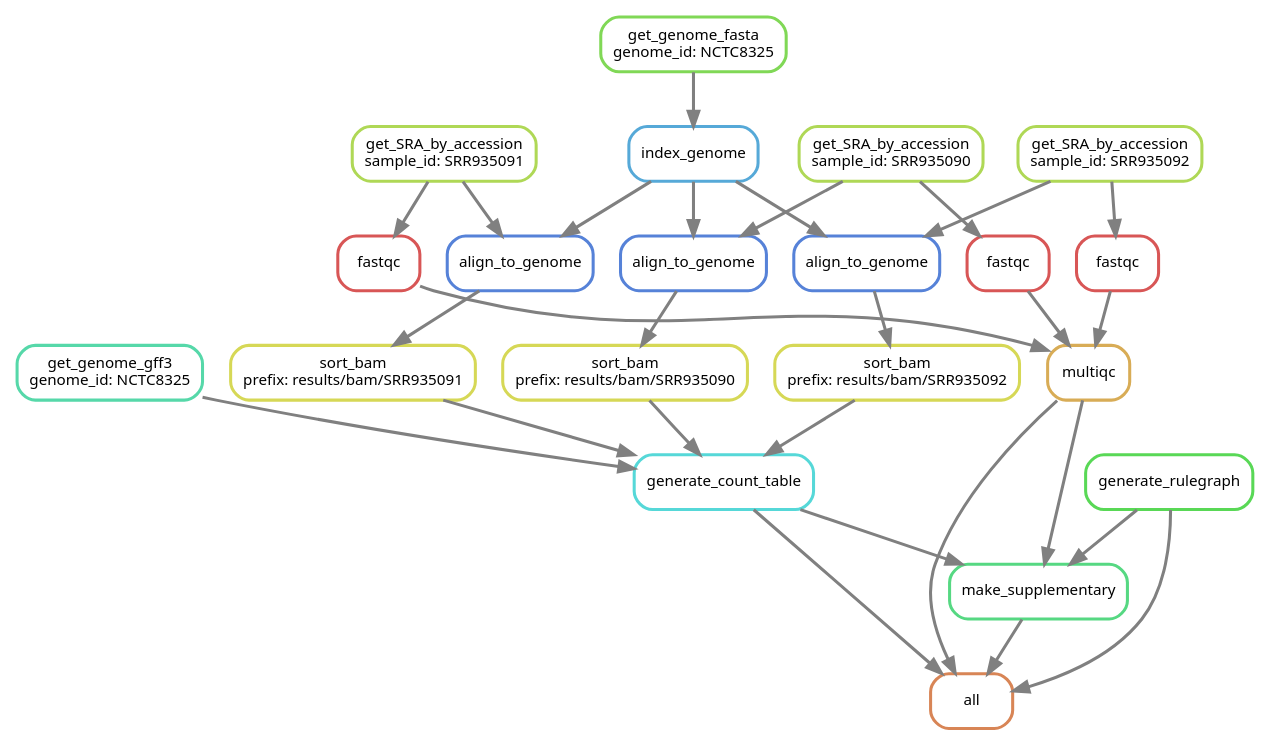
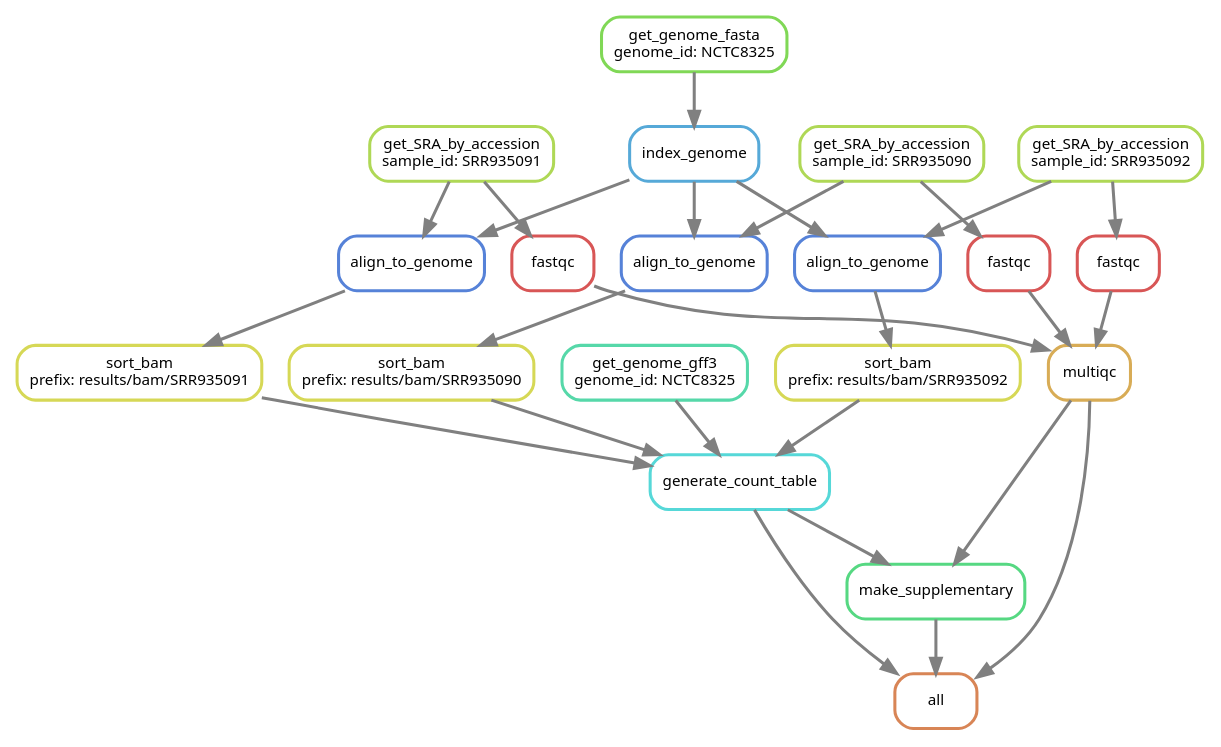
One commit to NBISweden/workshop-reproducible-research changed the fourth of 11 diagrams in lectures/snakemake/snakemake.qmd. Above: the diagram before and after it, drawn with Graphviz. The commit also changed other lines of this file, not shown here.

````diff
--- a/lectures/snakemake/snakemake.qmd
+++ b/lectures/snakemake/snakemake.qmd
@@ -78,54 +78,51 @@
 ```{dot}
 digraph snakemake_dag {
     graph[bgcolor=white, margin=0];
     node[shape=box, style=rounded, fontname=sans,                 fontsize=10, penwidth=2];
     edge[penwidth=2, color=grey];
         0[label = "all", color = "0.06 0.6 0.85", style="rounded"];
         1[label = "generate_count_table", color = "0.50 0.6 0.85", style="rounded"];
         2[label = "sort_bam\nprefix: results/bam/SRR935090", color = "0.17 0.6 0.85", style="rounded"];
         3[label = "align_to_genome", color = "0.61 0.6 0.85", style="rounded"];
         4[label = "get_SRA_by_accession\nsample_id: SRR935090", color = "0.22 0.6 0.85", style="rounded"];
         5[label = "index_genome", color = "0.56 0.6 0.85", style="rounded"];
         6[label = "get_genome_fasta\ngenome_id: NCTC8325", color = "0.28 0.6 0.85", style="rounded"];
         7[label = "sort_bam\nprefix: results/bam/SRR935091", color = "0.17 0.6 0.85", style="rounded"];
         8[label = "align_to_genome", color = "0.61 0.6 0.85", style="rounded"];
         9[label = "get_SRA_by_accession\nsample_id: SRR935091", color = "0.22 0.6 0.85", style="rounded"];
         10[label = "sort_bam\nprefix: results/bam/SRR935092", color = "0.17 0.6 0.85", style="rounded"];
         11[label = "align_to_genome", color = "0.61 0.6 0.85", style="rounded"];
         12[label = "get_SRA_by_accession\nsample_id: SRR935092", color = "0.22 0.6 0.85", style="rounded"];
         13[label = "get_genome_gff3\ngenome_id: NCTC8325", color = "0.44 0.6 0.85", style="rounded"];
         14[label = "multiqc", color = "0.11 0.6 0.85", style="rounded"];
         15[label = "fastqc", color = "0.00 0.6 0.85", style="rounded"];
         16[label = "fastqc", color = "0.00 0.6 0.85", style="rounded"];
         17[label = "fastqc", color = "0.00 0.6 0.85", style="rounded"];
-        18[label = "generate_rulegraph", color = "0.33 0.6 0.85", style="rounded"];
-        19[label = "make_supplementary", color = "0.39 0.6 0.85", style="rounded"];
+        18[label = "make_supplementary", color = "0.39 0.6 0.85", style="rounded"];
         1 -> 0
         14 -> 0
         18 -> 0
-        19 -> 0
         2 -> 1
         7 -> 1
         10 -> 1
         13 -> 1
         3 -> 2
         4 -> 3
         5 -> 3
         6 -> 5
         8 -> 7
         9 -> 8
         5 -> 8
         11 -> 10
         12 -> 11
         5 -> 11
         15 -> 14
         16 -> 14
         17 -> 14
         4 -> 15
         9 -> 16
         12 -> 17
-        1 -> 19
-        14 -> 19
-        18 -> 19
+        1 -> 18
+        14 -> 18
 }
 ```
````
